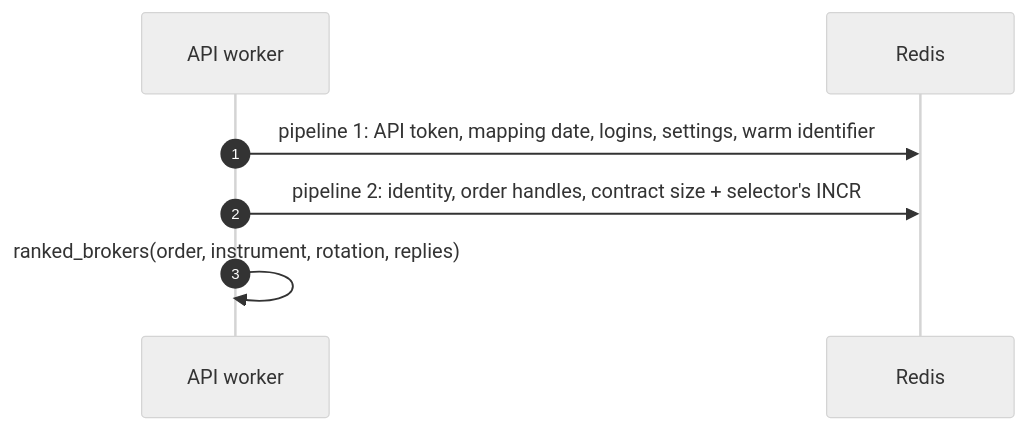
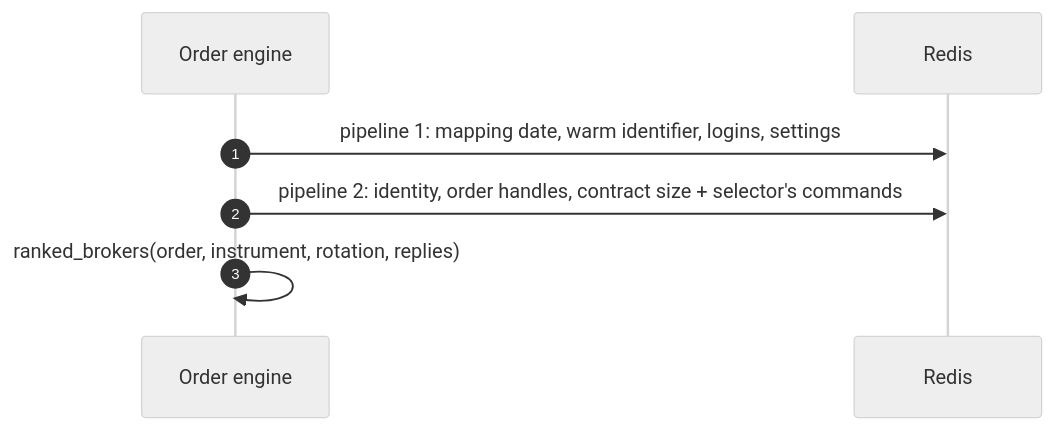
Before and after one commit to pramodathani/unified_broker_interface: the eighth of 8 diagrams in docs/architecture/design-choices.md, drawn with Mermaid (neutral theme). The commit also changed other lines of this file and 28 other files, not shown here.

````diff
--- a/docs/architecture/design-choices.md
+++ b/docs/architecture/design-choices.md
@@ -244,9 +244,9 @@
 ```mermaid
 sequenceDiagram
     autonumber
-    participant W as API worker
+    participant E as Order engine
     participant R as Redis
-    W->>R: pipeline 1: API token, mapping date, logins, settings, warm identifier
-    W->>R: pipeline 2: identity, order handles, contract size + selector's INCR
-    W->>W: ranked_brokers(order, instrument, rotation, replies)
+    E->>R: pipeline 1: mapping date, warm identifier, logins, settings
+    E->>R: pipeline 2: identity, order handles, contract size + selector's commands
+    E->>E: ranked_brokers(order, instrument, rotation, replies)
 ```
````
